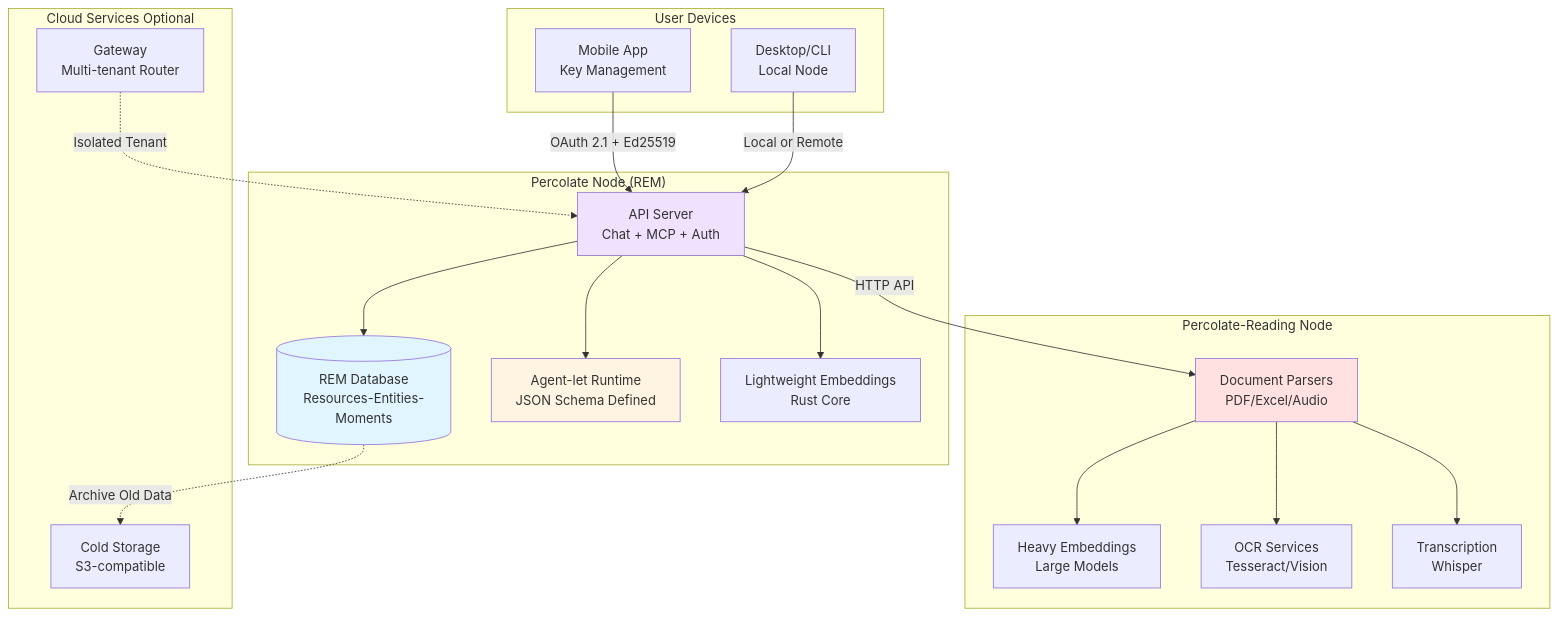
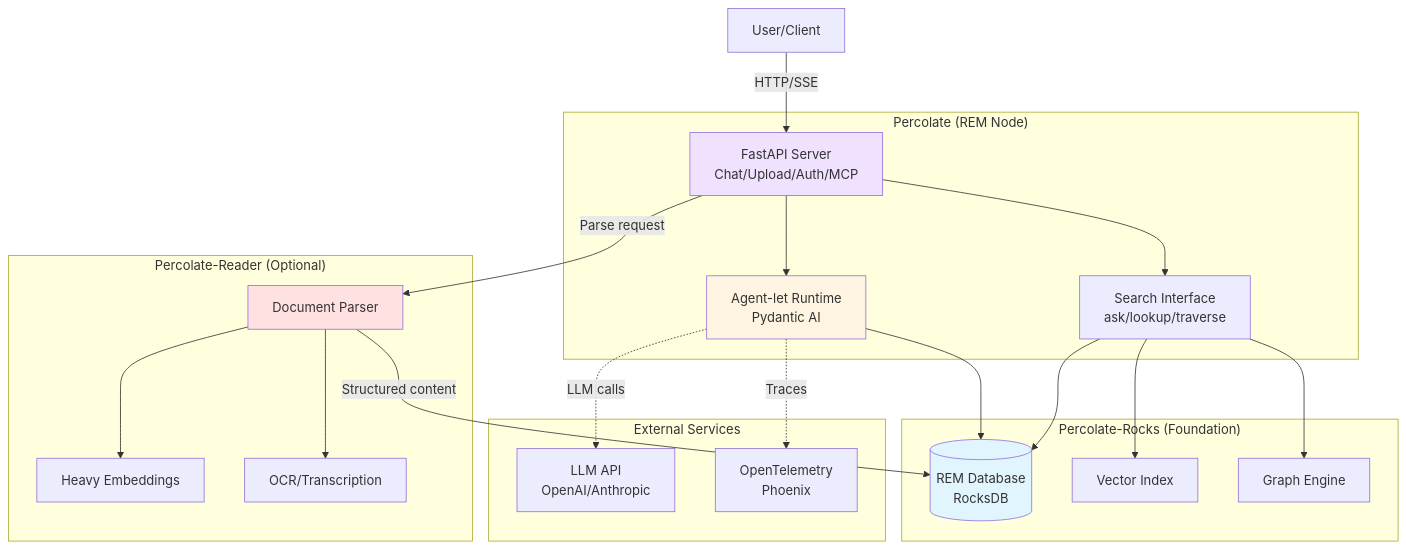
One commit to percolating-sirsh/percolate-node changed the fourth of 7 diagrams in Readme.md. Above: the diagram before and after it, drawn with Mermaid. The commit also changed other lines of this file and 393 other files, not shown here.

````diff
--- a/Readme.md
+++ b/Readme.md
@@ -25,45 +235,48 @@
 ```mermaid
 graph TB
-    subgraph "User Devices"
-        Mobile[Mobile App<br/>Key Management]
-        Desktop[Desktop/CLI<br/>Local Node]
+    User[User/Client]
+
+    subgraph "Percolate (REM Node)"
+        API[FastAPI Server<br/>Chat/Upload/Auth/MCP]
+        AgentRuntime[Agent-let Runtime<br/>Pydantic AI]
+        SearchLayer[Search Interface<br/>ask/lookup/traverse]
     end
 
-    subgraph "Percolate Node (REM)"
-        API[API Server<br/>Chat + MCP + Auth]
-        Memory[(REM Database<br/>Resources-Entities-Moments)]
-        Agents[Agent-let Runtime<br/>JSON Schema Defined]
-        LightEmbed[Lightweight Embeddings<br/>Rust Core]
+    subgraph "Percolate-Rocks (Foundation)"
+        RemDB[(REM Database<br/>RocksDB)]
+        HNSW[Vector Index]
+        GraphEngine[Graph Engine]
     end
 
-    subgraph "Percolate-Reading Node"
-        Parser[Document Parsers<br/>PDF/Excel/Audio]
-        HeavyEmbed[Heavy Embeddings<br/>Large Models]
-        OCR[OCR Services<br/>Tesseract/Vision]
-        Transcribe[Transcription<br/>Whisper]
+    subgraph "Percolate-Reader (Optional)"
+        Parser[Document Parser]
+        Embedder[Heavy Embeddings]
+        OCR[OCR/Transcription]
     end
 
-    subgraph "Cloud Services Optional"
-        Gateway[Gateway<br/>Multi-tenant Router]
-        Archive[Cold Storage<br/>S3-compatible]
+    subgraph "External Services"
+        LLM[LLM API<br/>OpenAI/Anthropic]
+        OTEL[OpenTelemetry<br/>Phoenix]
     end
 
-    Mobile -->|OAuth 2.1 + Ed25519| API
-    Desktop -->|Local or Remote| API
-    API --> Memory
-    API --> Agents
-    API --> LightEmbed
-    API -->|HTTP API| Parser
+    User -->|HTTP/SSE| API
+    API --> AgentRuntime
+    API --> SearchLayer
+    AgentRuntime --> RemDB
+    SearchLayer --> HNSW
+    SearchLayer --> GraphEngine
 
-    Parser --> HeavyEmbed
+    API -->|Parse request| Parser
+    Parser --> Embedder
     Parser --> OCR
-    Parser --> Transcribe
+    Parser -->|Structured content| RemDB
 
-    Gateway -.->|Isolated Tenant| API
-    Memory -.->|Archive Old Data| Archive
+    AgentRuntime -.->|LLM calls| LLM
+    AgentRuntime -.->|Traces| OTEL
+    SearchLayer --> RemDB
 
-    style Memory fill:#e1f5ff
-    style Agents fill:#fff4e1
+    style RemDB fill:#e1f5ff
+    style AgentRuntime fill:#fff4e1
     style API fill:#f0e1ff
     style Parser fill:#ffe1e1
 ```
````
